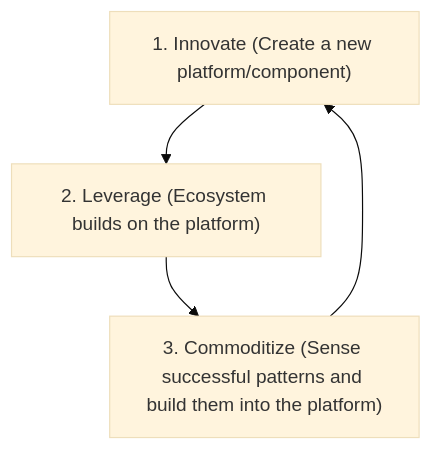
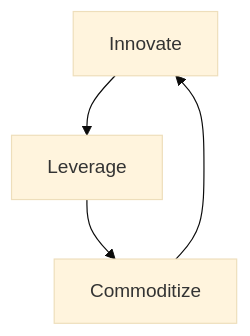
The diagram in docs/strategies/ecosystem/innovate-leverage-commoditize/index.md (dave1010/wardley-leadership-strategies), drawn with Mermaid (base theme) before and after one commit.

````diff
--- a/docs/strategies/ecosystem/innovate-leverage-commoditize/index.md
+++ b/docs/strategies/ecosystem/innovate-leverage-commoditize/index.md
@@ -27,12 +27,8 @@
 ```mermaid
 flowchart TD
-    Innovate["1. Innovate (Create a new platform/component)"]
-    Leverage["2. Leverage (Ecosystem builds on the platform)"]
-    Commoditize["3. Commoditize (Sense successful patterns and build them into the platform)"]
-
     Innovate --> Leverage
     Leverage --> Commoditize
     Commoditize --> Innovate
 
     class Innovate,Leverage,Commoditize phase
 ```
````
